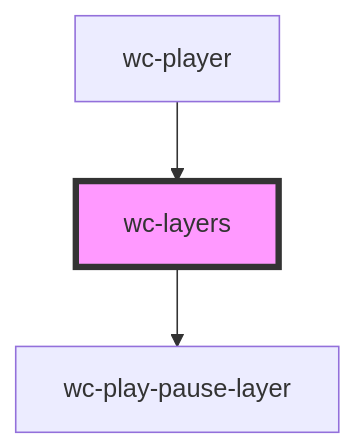
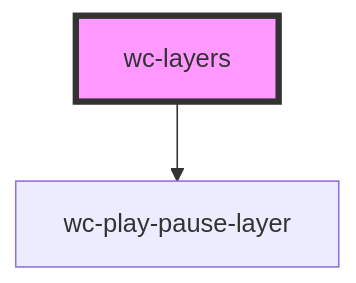
Before and after one commit to iChengbo/wcplayer: the diagram in packages/wcplayer-components/src/components/wc-layers/readme.md, drawn with Mermaid. The commit also changed other lines of this file and 15 other files, not shown here.

````diff
--- a/packages/wcplayer-components/src/components/wc-layers/readme.md
+++ b/packages/wcplayer-components/src/components/wc-layers/readme.md
@@ -27,6 +23,5 @@
 ```mermaid
 graph TD;
   wc-layers --> wc-play-pause-layer
-  wc-player --> wc-layers
   style wc-layers fill:#f9f,stroke:#333,stroke-width:4px
 ```
````
